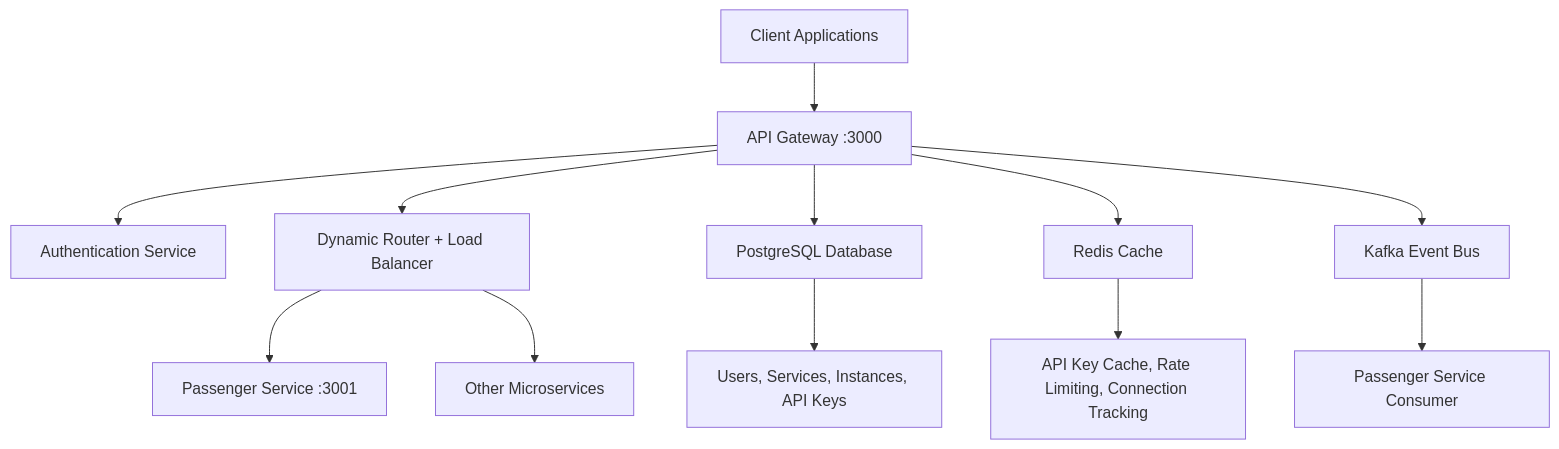
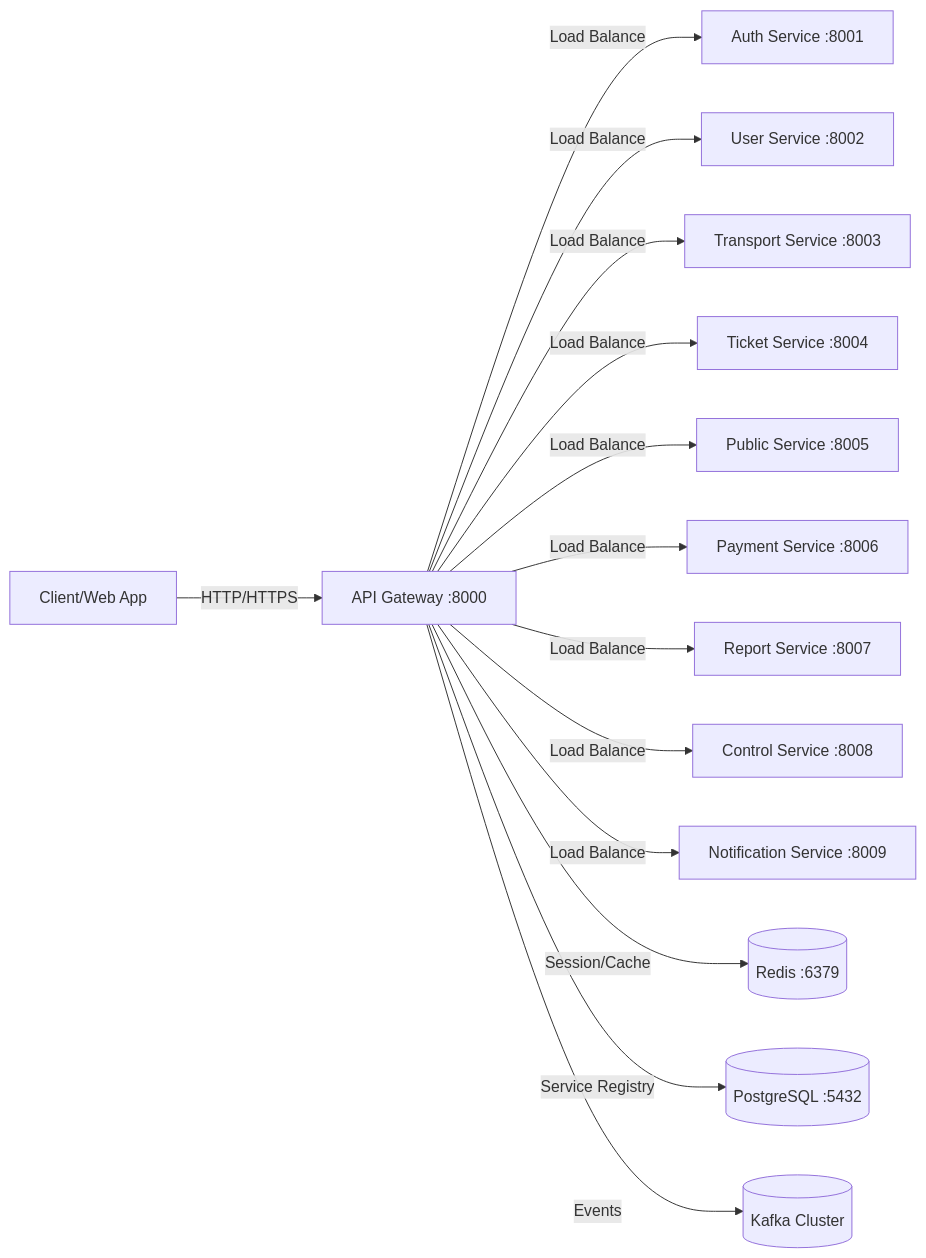
Before and after one commit to NamPhAm-Work423/Metro-backend: the second of 3 diagrams in api-gateway/README.md, drawn with Mermaid. The commit also changed other lines of this file and 20 other files, not shown here.

````diff
--- a/api-gateway/README.md
+++ b/api-gateway/README.md
@@ -7,17 +37,17 @@
 ```mermaid
-graph TD
-    A[Client Applications] --> B[API Gateway :3000]
-    B --> C[Authentication Service]
-    B --> D[Dynamic Router + Load Balancer]
-    D --> E[Passenger Service :3001]
-    D --> F[Other Microservices]
-    
-    B --> G[PostgreSQL Database]
-    B --> H[Redis Cache]
-    B --> I[Kafka Event Bus]
-    
-    I --> J[Passenger Service Consumer]
-    
-    G --> K[Users, Services, Instances, API Keys]
-    H --> L[API Key Cache, Rate Limiting, Connection Tracking]
+graph LR
+  A[Client/Web App] -->|HTTP/HTTPS| B[API Gateway :8000]
+  B -->|Load Balance| C[Auth Service :8001]
+  B -->|Load Balance| D[User Service :8002]
+  B -->|Load Balance| E[Transport Service :8003]
+  B -->|Load Balance| F[Ticket Service :8004]
+  B -->|Load Balance| G[Public Service :8005]
+  B -->|Load Balance| H[Payment Service :8006]
+  B -->|Load Balance| I[Report Service :8007]
+  B -->|Load Balance| J[Control Service :8008]
+  B -->|Load Balance| K[Notification Service :8009]
+  
+  B -->|Session/Cache| L[(Redis :6379)]
+  B -->|Service Registry| M[(PostgreSQL :5432)]
+  B -->|Events| N[(Kafka Cluster)]
 ```
````
